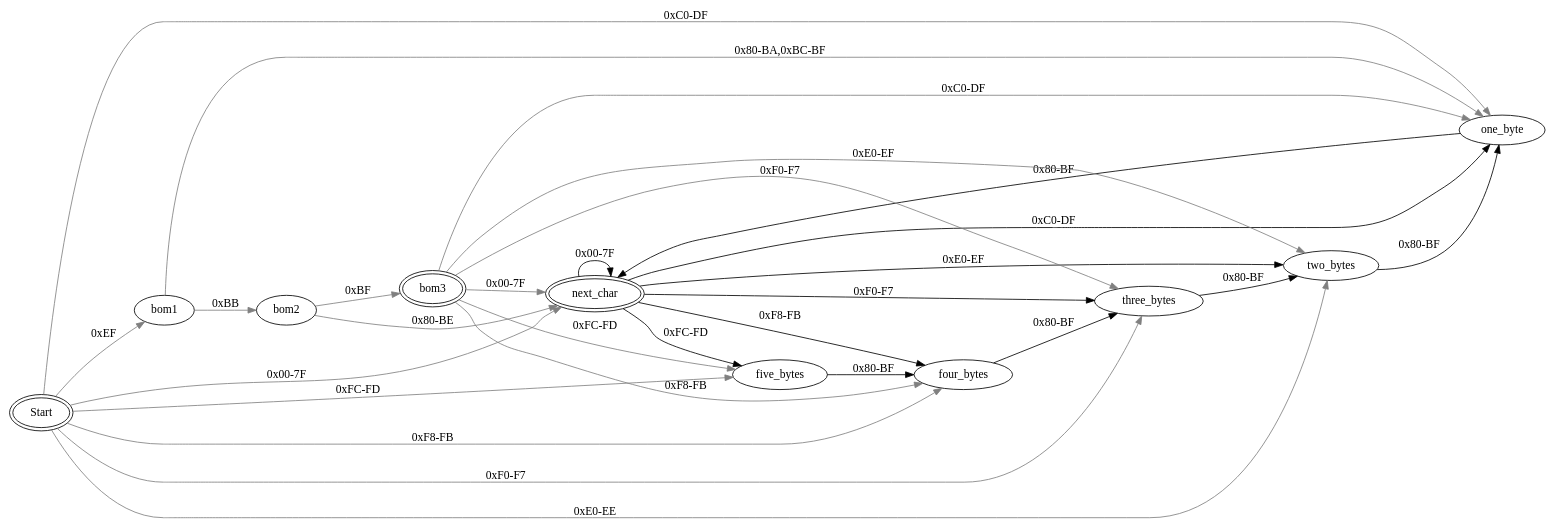
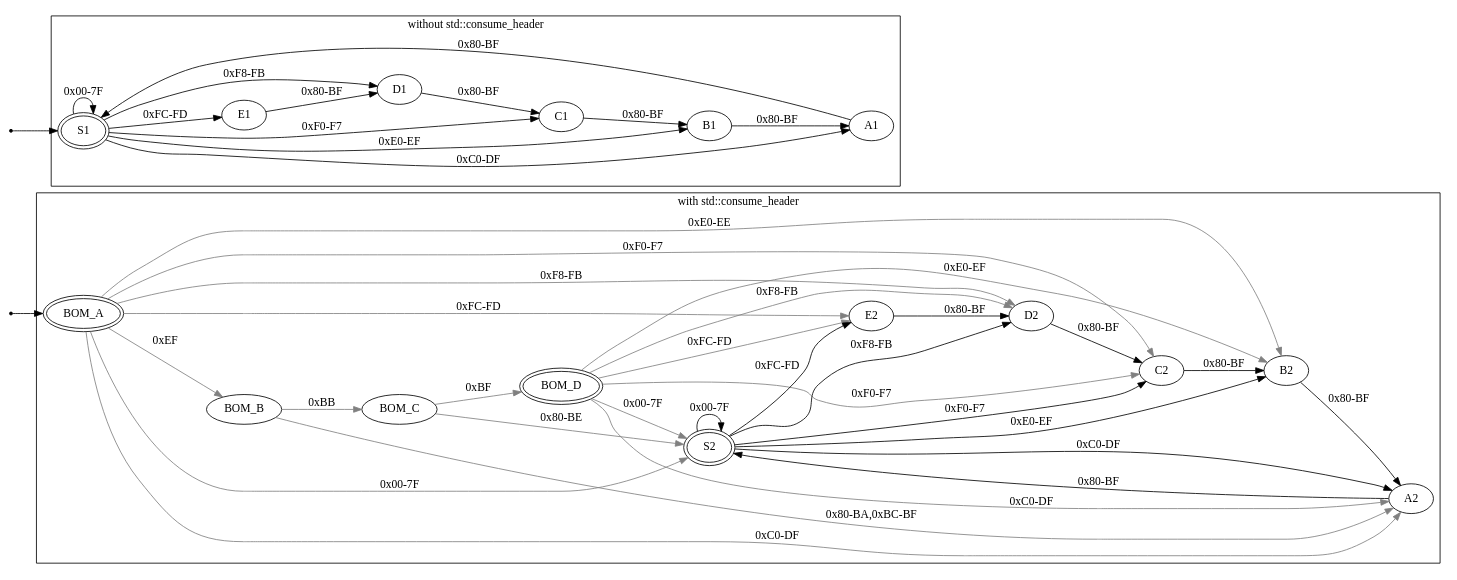
Before and after one commit to jschmerge/xos: the diagram in src/automata/samples/utf8-input-bom.dot, drawn with Graphviz. The commit also changed 1 other file, not shown here.

```diff
--- a/src/automata/samples/utf8-input-bom.dot
+++ b/src/automata/samples/utf8-input-bom.dot
@@ -1,61 +1,81 @@
 digraph Input {
 	rankdir="LR"
 	splines=true
-//	layout=fdp
 	layout=dot
 
-	edge [color=gray]
+	Initial1 [shape=point]
+	Initial2 [shape=point]
 
-	Start -> next_char [label="0x00-7F"]
-	Start -> one_byte [label="0xC0-DF"]
-	Start -> two_bytes [label="0xE0-EE"]
-	Start -> bom1 [label="0xEF"]
-	Start -> three_bytes [label="0xF0-F7"]
-	Start -> four_bytes [label="0xF8-FB"]
-	Start -> five_bytes [label="0xFC-FD"]
+	Initial1 -> BOM_A [color=black]
+	Initial2 -> S1
 
-	subgraph {
-		edge [color=black]
+	subgraph cluster_consume_header {
+		label="with std::consume_header"
 
-		next_char -> next_char [label="0x00-7F"]
-		next_char -> one_byte [label="0xC0-DF"]
-		next_char -> two_bytes [label="0xE0-EF"]
-		next_char -> three_bytes [label="0xF0-F7"]
-		next_char -> four_bytes [label="0xF8-FB"]
-		next_char -> five_bytes [label="0xFC-FD"]
+		subgraph {
+			edge [color=gray]
+			BOM_A [peripheries=2]
+			BOM_D [peripheries=2]
 
-		one_byte -> next_char [label="0x80-BF"]
-		two_bytes -> one_byte [label="0x80-BF"]
-		three_bytes -> two_bytes [label="0x80-BF"]
-		four_bytes -> three_bytes [label="0x80-BF"]
-		five_bytes -> four_bytes [label="0x80-BF"]
+			BOM_A -> S2 [label="0x00-7F"]
+			BOM_A -> A2 [label="0xC0-DF"]
+			BOM_A -> B2 [label="0xE0-EE"]
+			BOM_A -> BOM_B [label="0xEF"]
+			BOM_A -> C2 [label="0xF0-F7"]
+			BOM_A -> D2 [label="0xF8-FB"]
+			BOM_A -> E2 [label="0xFC-FD"]
+
+
+			BOM_B -> BOM_C [label="0xBB"]
+			BOM_B -> A2 [label="0x80-BA,0xBC-BF"]
+
+			BOM_C -> BOM_D [label="0xBF"]
+			BOM_C -> S2 [label="0x80-BE"]
+
+			BOM_D -> S2 [label="0x00-7F"]
+			BOM_D -> A2 [label="0xC0-DF"]
+			BOM_D -> B2 [label="0xE0-EF"]
+			BOM_D -> C2 [label="0xF0-F7"]
+			BOM_D -> D2 [label="0xF8-FB"]
+			BOM_D -> E2 [label="0xFC-FD"]
+		}
+
+		subgraph {
+			edge [color=black]
+
+			S2 [peripheries=2]
+			S2 -> S2 [label="0x00-7F"]
+			S2 -> A2 [label="0xC0-DF"]
+			S2 -> B2 [label="0xE0-EF"]
+			S2 -> C2 [label="0xF0-F7"]
+			S2 -> D2 [label="0xF8-FB"]
+			S2 -> E2 [label="0xFC-FD"]
+
+			A2 -> S2 [label="0x80-BF"]
+			B2 -> A2 [label="0x80-BF"]
+			C2 -> B2 [label="0x80-BF"]
+			D2 -> C2 [label="0x80-BF"]
+			E2 -> D2 [label="0x80-BF"]
+		}
+
 	}
 
-	Start [peripheries=2]
-	next_char [peripheries=2]
-	bom3 [peripheries=2]
+	subgraph cluster_basic
+	{
+		label="without std::consume_header"
+		S1 -> S1 [label="0x00-7F"]
+		S1 -> A1 [label="0xC0-DF"]
+		S1 -> B1 [label="0xE0-EF"]
+		S1 -> C1 [label="0xF0-F7"]
+		S1 -> D1 [label="0xF8-FB"]
 
-	bom1 -> bom2 [label="0xBB"]
-	bom1 -> one_byte [label="0x80-BA,0xBC-BF"]
+		S1 -> E1 [label="0xFC-FD"]
+		A1 -> S1 [label="0x80-BF"]
+		B1 -> A1 [label="0x80-BF"]
+		C1 -> B1 [label="0x80-BF"]
+		D1 -> C1 [label="0x80-BF"]
+		E1 -> D1 [label="0x80-BF"]
 
-	bom2 -> bom3 [label="0xBF"]
-	bom2 -> next_char [label="0x80-BE"]
-
-	bom3 -> next_char [label="0x00-7F"]
-	bom3 -> one_byte [label="0xC0-DF"]
-	bom3 -> two_bytes [label="0xE0-EF"]
-	bom3 -> three_bytes [label="0xF0-F7"]
-	bom3 -> four_bytes [label="0xF8-FB"]
-	bom3 -> five_bytes [label="0xFC-FD"]
-
-//	{ rank=same; "next_char"; "bom3"; }
-// 	Start -> error [label="0x80-BF"]
-// 	next_char -> error [label="0x80-BF"]
-
-
-//	five_bytes [label="0x4000000 -\n7FFFFFFF"]
-//	four_bytes [label="0x200000 -\n3FFFFFF"]
-//	three_bytes [label="0x10000 -\n1FFFFF"]
-//	two_bytes [label="0x0800 -\nFFFF"]
-//	one_byte [label="0x0080 -\n07ff"]
+		S1 [peripheries=2]
+	}
 }
```
